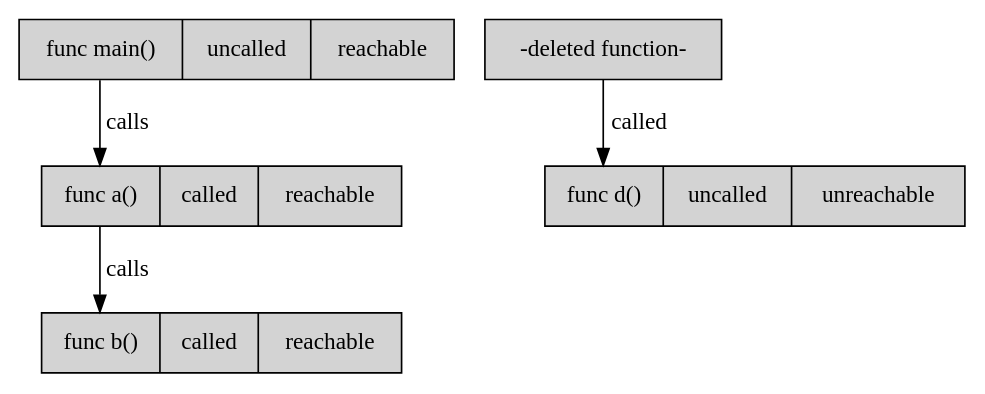
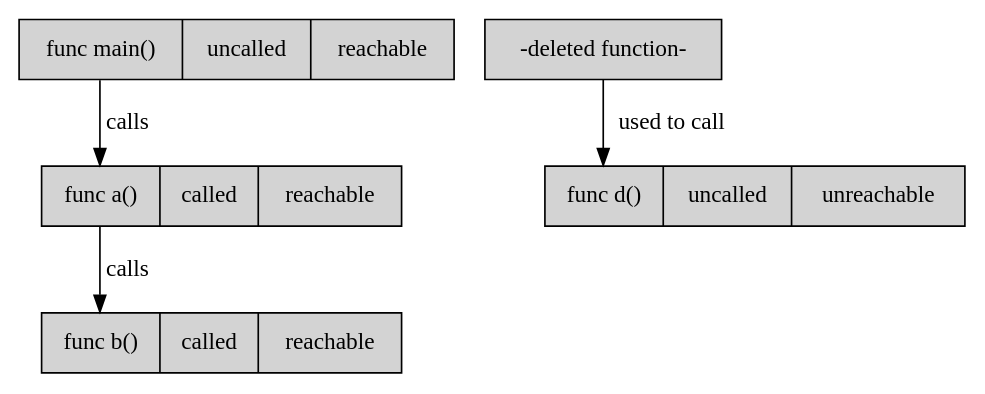
The diagram in docs/graphs/unreachable_2.gv (bfoersterling/gotracer), drawn with Graphviz before and after one commit. The commit also changed 1 other file, not shown here.

Commit message:
updated graph

```diff
--- a/docs/graphs/unreachable_2.gv
+++ b/docs/graphs/unreachable_2.gv
@@ -1,17 +1,17 @@
 digraph {
 	edge [label="calls"];
 	node [shape=record style=filled fillcolor=lightgrey];
 
 	func_main [label="<f0>func main()|<f1>uncalled|<f2>reachable"];
 	func_a [label="<f0>func a()|<f1>called|<f2>reachable"];
 	func_b [label="<f0>func b()|<f1>called|<f2>reachable"];
 
 
 	func_c [label="-deleted function-"];
 	func_d [label="<f0>func d()|<f1>uncalled|<f2>unreachable"];
 
 	func_main:f0->func_a:f0;
 	func_a:f0->func_b:f0;
 
-	func_c->func_d:f0 [label="called"];
+	func_c->func_d:f0 [label="used to call"];
 }
```
